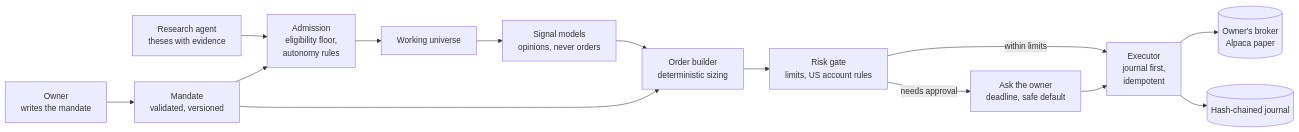
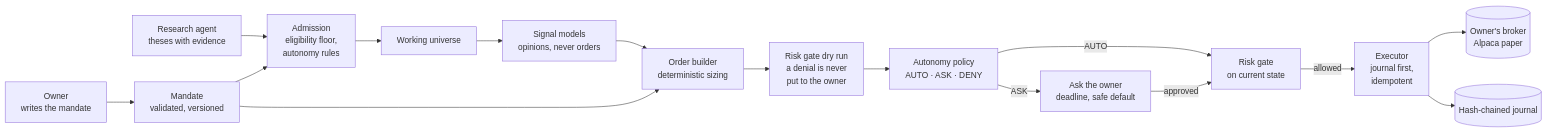
The first of 2 diagrams in README.md (kunwarshivam/mandate), drawn with Mermaid before and after one commit. The commit also changed other lines of this file, not shown here.

First line of the commit message:
README: correct the decision flow and the status claims from #146's review

````diff
--- a/README.md
+++ b/README.md
@@ -31,16 +32,18 @@
 ```mermaid
 flowchart LR
     owner["Owner<br/>writes the mandate"] --> mandate["Mandate<br/>validated, versioned"]
     research["Research agent<br/>theses with evidence"] --> admit["Admission<br/>eligibility floor,<br/>autonomy rules"]
     mandate --> admit
     admit --> universe["Working universe"]
     universe --> signals["Signal models<br/>opinions, never orders"]
     signals --> builder["Order builder<br/>deterministic sizing"]
     mandate --> builder
-    builder --> gate["Risk gate<br/>limits, US account rules"]
-    gate -->|"within limits"| exec["Executor<br/>journal first,<br/>idempotent"]
-    gate -->|"needs approval"| ask["Ask the owner<br/>deadline, safe default"]
-    ask --> exec
+    builder --> dry["Risk gate dry run<br/>a denial is never<br/>put to the owner"]
+    dry --> autonomy["Autonomy policy<br/>AUTO · ASK · DENY"]
+    autonomy -->|"AUTO"| gate["Risk gate<br/>on current state"]
+    autonomy -->|"ASK"| ask["Ask the owner<br/>deadline, safe default"]
+    ask -->|"approved"| gate
+    gate -->|"allowed"| exec["Executor<br/>journal first,<br/>idempotent"]
     exec --> broker[("Owner's broker<br/>Alpaca paper")]
     exec --> journal[("Hash-chained journal")]
 ```
````
